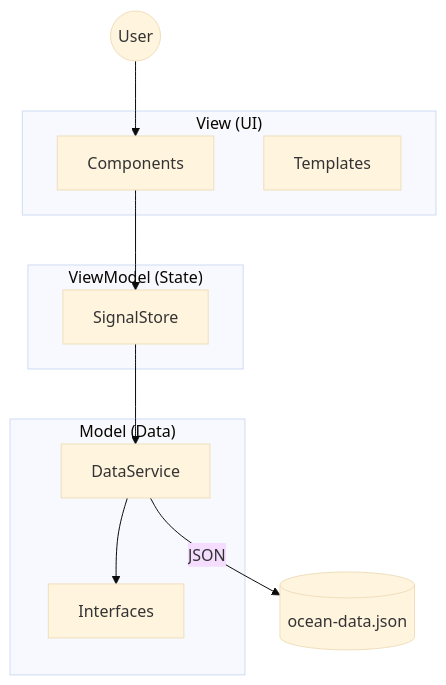
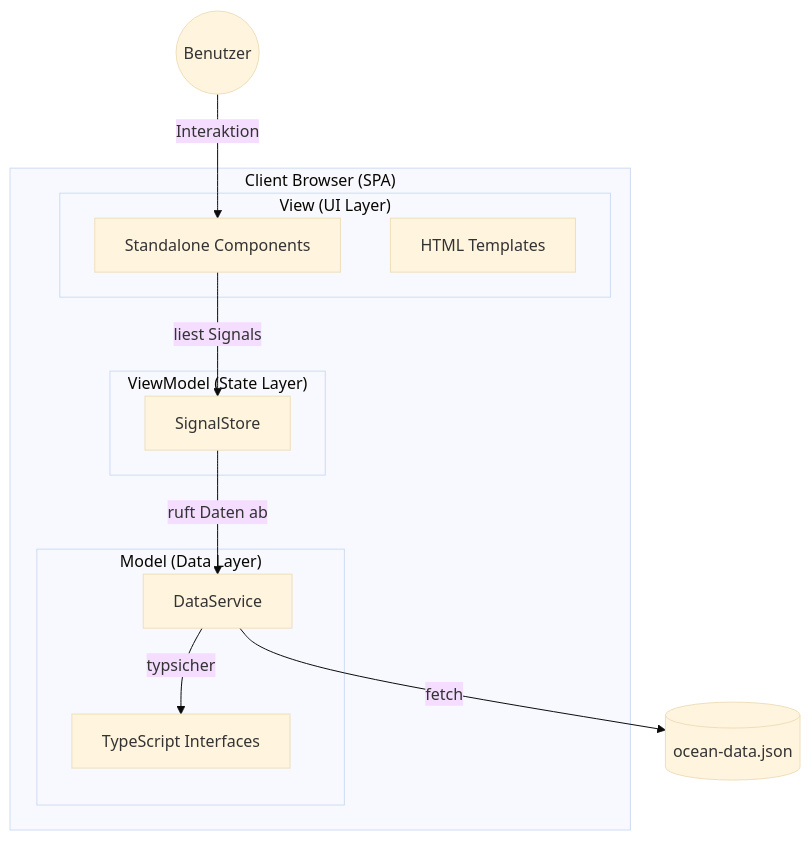
The third of 5 diagrams in docs/IHK_ABSCHLUSSPROJEKT.md (T-Boyke/EhlenAngularProjekt3), drawn with Mermaid (base theme) before and after one commit. The commit also changed other lines of this file, not shown here.

Commit message:
docs: add initial IHK final project documentation for Earth Oceans Learning APP.

````diff
--- a/docs/IHK_ABSCHLUSSPROJEKT.md
+++ b/docs/IHK_ABSCHLUSSPROJEKT.md
@@ -330,22 +334,28 @@
 ```mermaid
 graph TD
-    subgraph "View (UI)"
-        Comp[Components]
-        Templ[Templates]
+    User((Benutzer))
+    
+    subgraph "Client Browser (SPA)"
+        subgraph "View (UI Layer)"
+            Comp[Standalone Components]
+            Templ[HTML Templates]
+        end
+
+        subgraph "ViewModel (State Layer)"
+            Store[SignalStore]
+        end
+
+        subgraph "Model (Data Layer)"
+            Service[DataService]
+            Interfaces[TypeScript Interfaces]
+        end
     end
 
-    subgraph "ViewModel (State)"
-        Store[SignalStore]
-    end
+    Data[(ocean-data.json)]
 
-    subgraph "Model (Data)"
-        Interfaces[Interfaces]
-        Service[DataService]
-    end
-
-    User((User)) --> Comp
-    Comp --> Store
-    Store --> Service
-    Service --> Interfaces
-    Service -- JSON --> Data[(ocean-data.json)]
+    User -->|Interaktion| Comp
+    Comp -->|liest Signals| Store
+    Store -->|ruft Daten ab| Service
+    Service -->|fetch| Data
+    Service -->|typsicher| Interfaces
 ```
````
